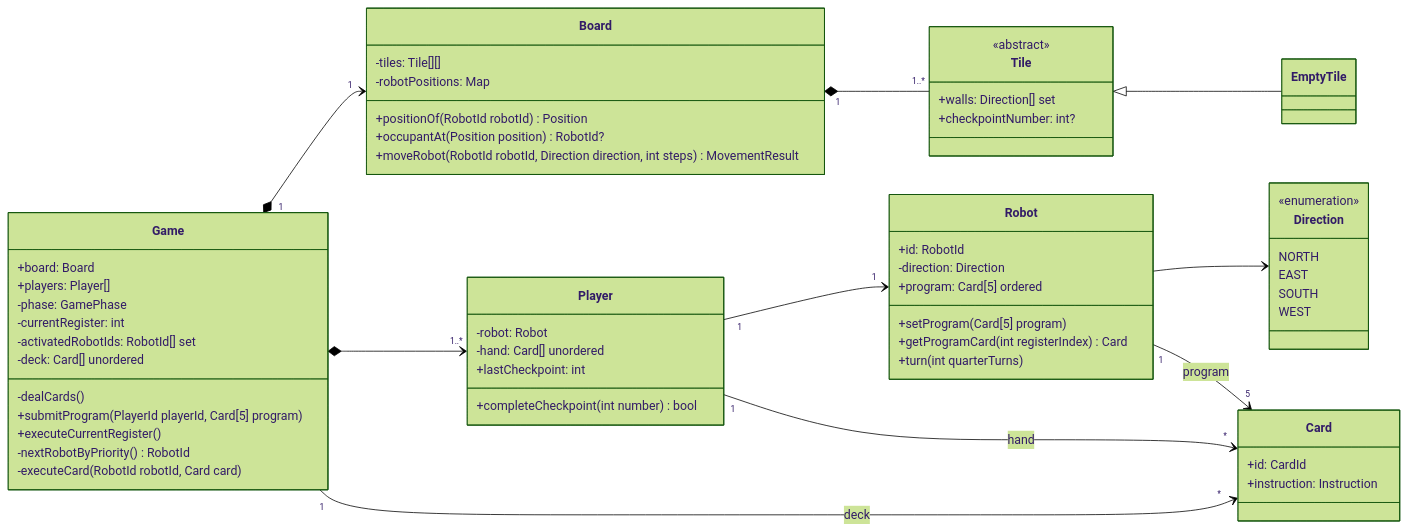
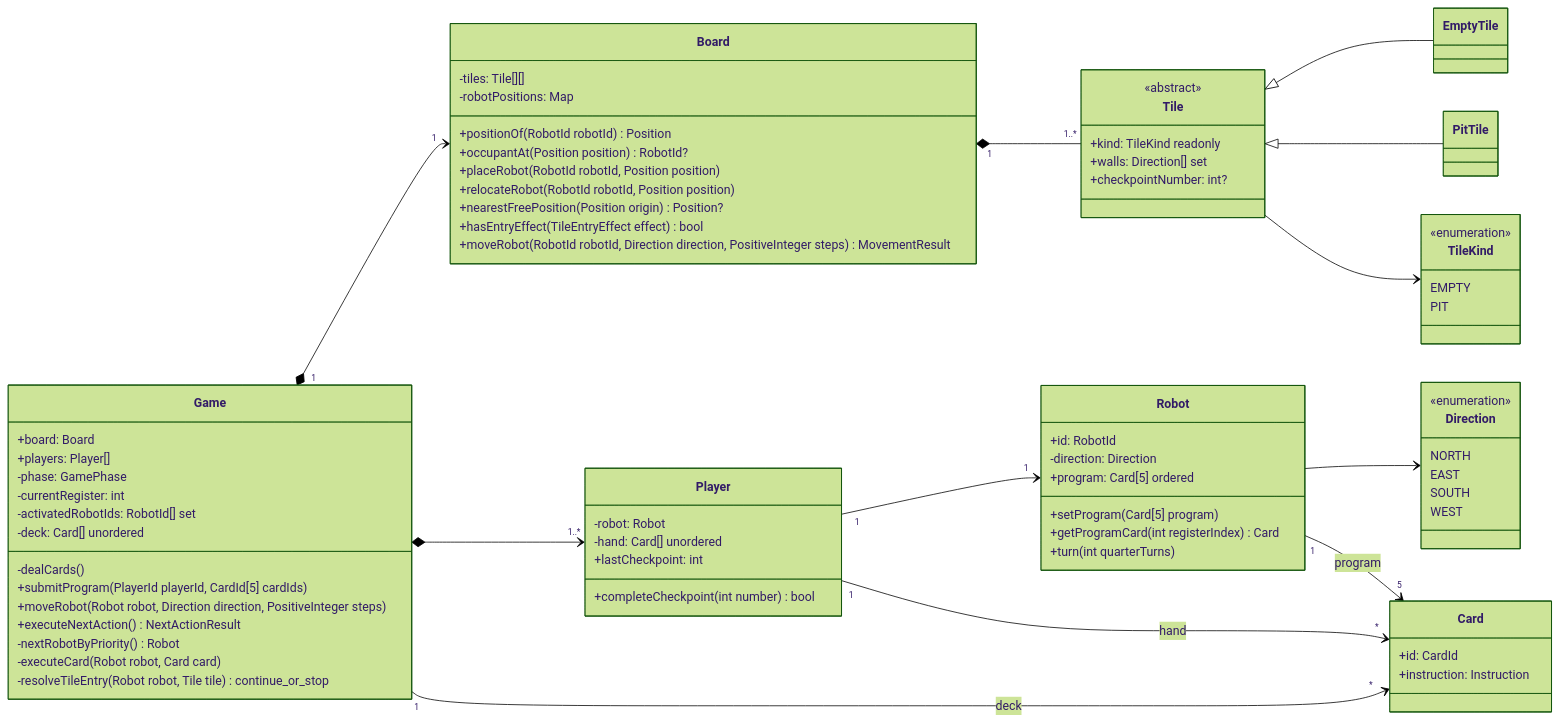
The diagram in docs/game_model_UML.md (hananinas/RoboRally), drawn with Mermaid (forest theme) before and after one commit. The commit also changed other lines of this file and 1 other file, not shown here.

Commit message:
document the tile extension pattern

```diff
--- a/docs/game_model_UML.md
+++ b/docs/game_model_UML.md
@@ -13,10 +13,12 @@
         -activatedRobotIds: RobotId[] set
         -deck: Card[] unordered
         -dealCards()
-        +submitProgram(PlayerId playerId, Card[5] program)
-        +executeCurrentRegister()
-        -nextRobotByPriority() RobotId
-        -executeCard(RobotId robotId, Card card)
+        +submitProgram(PlayerId playerId, CardId[5] cardIds)
+        +moveRobot(Robot robot, Direction direction, PositiveInteger steps)
+        +executeNextAction() NextActionResult
+        -nextRobotByPriority() Robot
+        -executeCard(Robot robot, Card card)
+        -resolveTileEntry(Robot robot, Tile tile) continue_or_stop
         }
 
         class Board {
@@ -24,16 +26,28 @@
         -robotPositions: Map
         +positionOf(RobotId robotId) Position
         +occupantAt(Position position) RobotId?
-        +moveRobot(RobotId robotId, Direction direction, int steps) MovementResult
+        +placeRobot(RobotId robotId, Position position)
+        +relocateRobot(RobotId robotId, Position position)
+        +nearestFreePosition(Position origin) Position?
+        +hasEntryEffect(TileEntryEffect effect) bool
+        +moveRobot(RobotId robotId, Direction direction, PositiveInteger steps) MovementResult
         }
 
         class Tile {
             <<abstract>>
+            +kind: TileKind readonly
             +walls: Direction[] set
             +checkpointNumber: int?
         }
 
         class EmptyTile
+        class PitTile
+
+        class TileKind {
+            <<enumeration>>
+            EMPTY
+            PIT
+        }
 
         class Player {
         -robot: Robot
@@ -70,6 +84,8 @@
 
         Robot --> Direction
         Tile <|-- EmptyTile
+        Tile <|-- PitTile
+        Tile --> TileKind
 
         Player "1" --> "1" Robot
 
```
